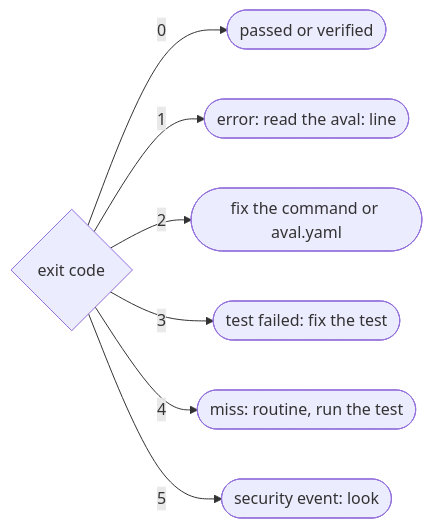
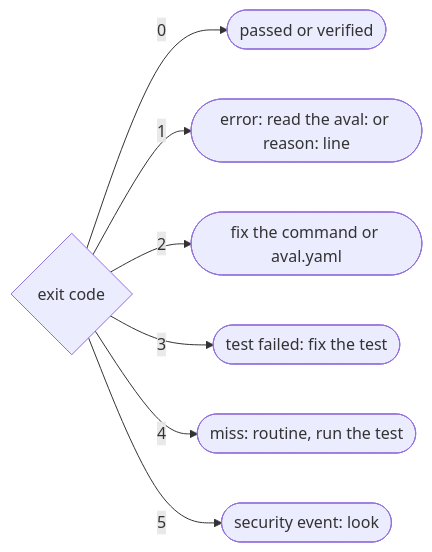
One commit to TrianaLab/aval changed the diagram in docs/guides/troubleshooting.md. Above: the diagram before and after it, drawn with Mermaid. The commit also changed other lines of this file, not shown here.

First line of the commit message:
docs: troubleshooting states when aval run exits 1 (lookup errors show as outcome error)

````diff
--- a/docs/guides/troubleshooting.md
+++ b/docs/guides/troubleshooting.md
@@ -5,9 +5,9 @@
 ```mermaid
 flowchart LR
   code{exit code} -- 0 --> ok([passed or verified]):::ok
-  code -- 1 --> e([error: read the aval: line]):::warn
+  code -- 1 --> e([error: read the aval: or reason: line]):::warn
   code -- 2 --> u([fix the command or aval.yaml]):::warn
   code -- 3 --> f([test failed: fix the test]):::warn
   code -- 4 --> m([miss: routine, run the test]):::muted
   code -- 5 --> s([security event: look]):::err
 ```
````
